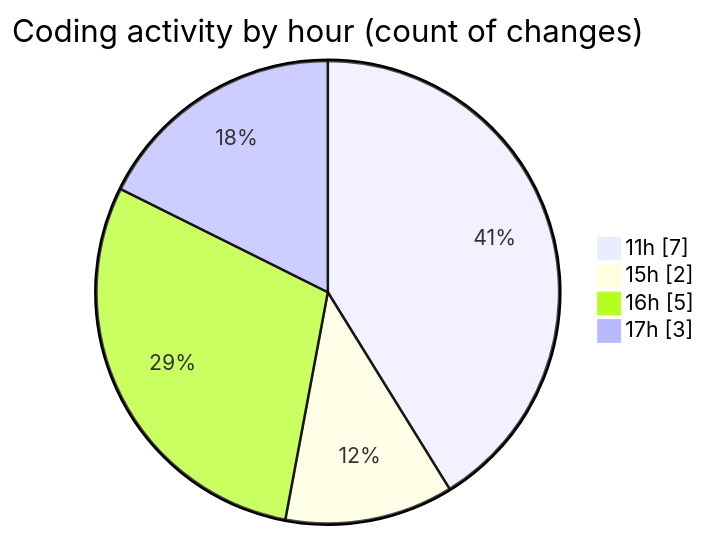
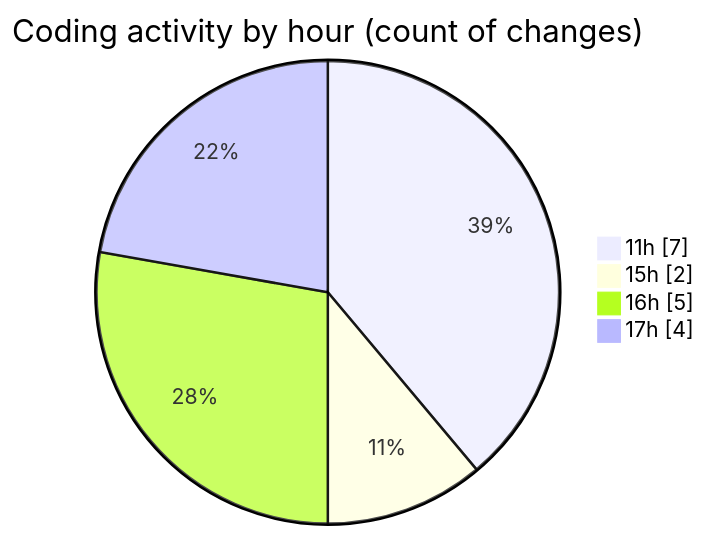
The second of 2 diagrams in 2025-05-12/cancelacionsegurosvida/README.md (jcpc91/code-tracking), drawn with Mermaid before and after one commit. The commit also changed other lines of this file and 1 other file, not shown here.

````diff
--- a/2025-05-12/cancelacionsegurosvida/README.md
+++ b/2025-05-12/cancelacionsegurosvida/README.md
@@ -32,8 +32,8 @@
 ```mermaid
 pie showData
 title Coding activity by hour (count of changes)
 "11h" : 7
 "15h" : 2
 "16h" : 5
-"17h" : 3
+"17h" : 4
 ```
````
